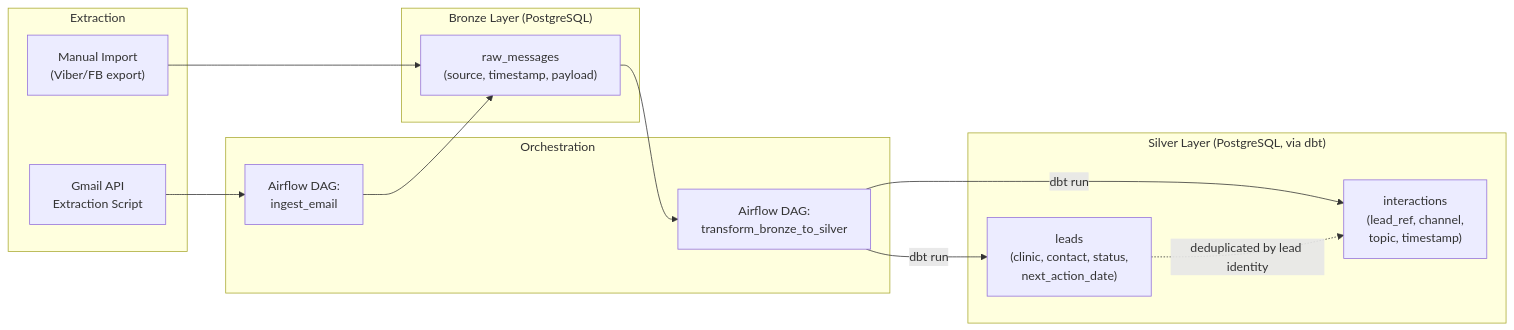
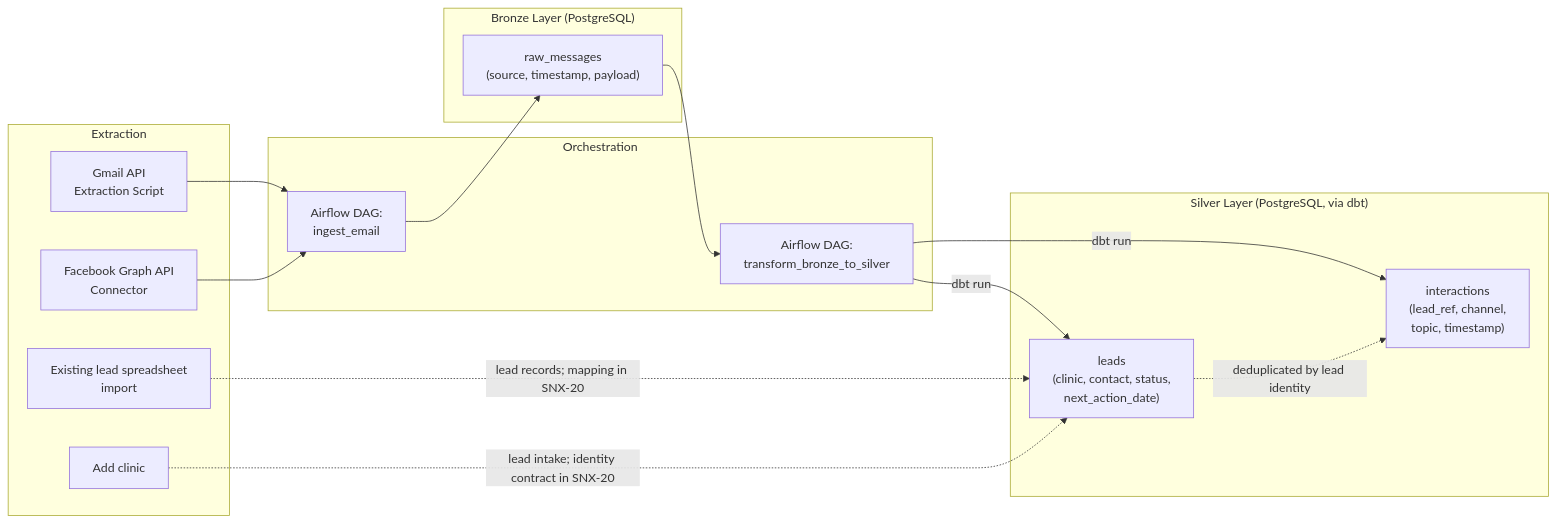
Before and after one commit to CMSC128-NexusWorks/SolNexus: the third of 4 diagrams in docs/architecture.md, drawn with Mermaid. The commit also changed other lines of this file and 5 other files, not shown here.

````diff
--- a/docs/architecture.md
+++ b/docs/architecture.md
@@ -177,28 +185,32 @@
 ```mermaid
 flowchart LR
     subgraph EXTRACT["Extraction"]
         E1["Gmail API\nExtraction Script"]
-        E2["Manual Import\n(Viber/FB export)"]
+        E3["Facebook Graph API\nConnector"]
+        E2["Existing lead spreadsheet\nimport"]
+        E4["Add clinic"]
     end
 
     subgraph ORCH["Orchestration"]
         DAG1["Airflow DAG:\ningest_email"]
         DAG2["Airflow DAG:\ntransform_bronze_to_silver"]
     end
 
     subgraph BRONZE_L["Bronze Layer (PostgreSQL)"]
         RAW["raw_messages\n(source, timestamp, payload)"]
     end
 
     subgraph SILVER_L["Silver Layer (PostgreSQL, via dbt)"]
         LEADS["leads\n(clinic, contact, status,\nnext_action_date)"]
         INTER["interactions\n(lead_ref, channel,\ntopic, timestamp)"]
     end
 
     E1 --> DAG1 --> RAW
-    E2 --> RAW
+    E3 --> DAG1
+    E2 -. "lead records; mapping in SNX-20" .-> LEADS
+    E4 -. "lead intake; identity contract in SNX-20" .-> LEADS
     RAW --> DAG2
     DAG2 -- "dbt run" --> LEADS
     DAG2 -- "dbt run" --> INTER
     LEADS -.->|deduplicated by lead identity| INTER
 ```
````
